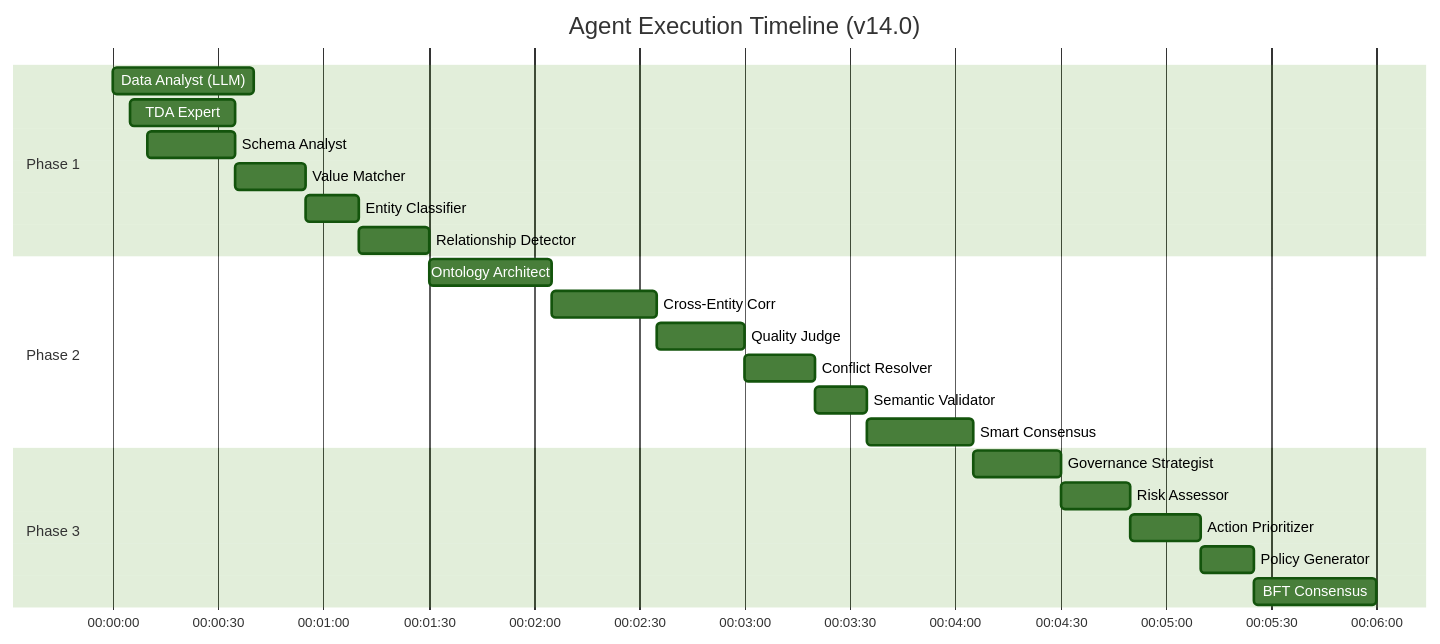
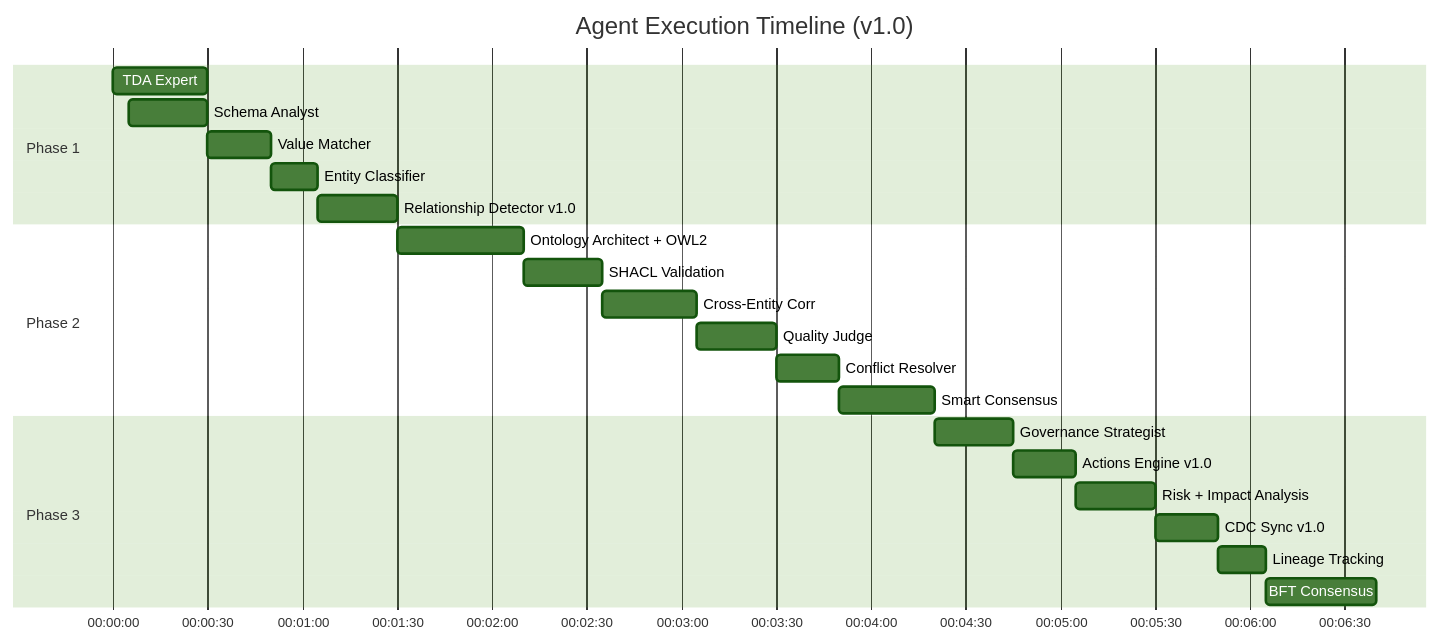
Before and after one commit to sabill123/ontology: the ninth of 12 diagrams in docs/diagrams/05-agent-orchestration.md, drawn with Mermaid (forest theme). The commit also changed other lines of this file and 176 other files, not shown here.

````diff
--- a/docs/diagrams/05-agent-orchestration.md
+++ b/docs/diagrams/05-agent-orchestration.md
@@ -302,29 +373,29 @@
 ```mermaid
 gantt
-    title Agent Execution Timeline (v14.0)
+    title Agent Execution Timeline (v1.0)
     dateFormat  HH:mm:ss
     axisFormat %H:%M:%S
 
     section Phase 1
-    Data Analyst (LLM)   :a1, 00:00:00, 40s
-    TDA Expert           :a2, 00:00:05, 30s
-    Schema Analyst       :a3, 00:00:10, 25s
+    TDA Expert           :a2, 00:00:00, 30s
+    Schema Analyst       :a3, 00:00:05, 25s
     Value Matcher        :a4, after a2, 20s
     Entity Classifier    :a5, after a3 a4, 15s
-    Relationship Detector:a6, after a5, 20s
+    Relationship Detector v1.0 :a6, after a5, 25s
 
     section Phase 2
-    Ontology Architect   :b1, after a6, 35s
-    Cross-Entity Corr    :b2, after b1, 30s
-    Quality Judge        :b3, after b2, 25s
-    Conflict Resolver    :b4, after b3, 20s
-    Semantic Validator   :b5, after b4, 15s
+    Ontology Architect + OWL2 :b1, after a6, 40s
+    SHACL Validation     :b2, after b1, 25s
+    Cross-Entity Corr    :b3, after b2, 30s
+    Quality Judge        :b4, after b3, 25s
+    Conflict Resolver    :b5, after b4, 20s
     Smart Consensus      :b6, after b5, 30s
 
     section Phase 3
-    Governance Strategist:c1, after b6, 25s
-    Risk Assessor        :c2, after c1, 20s
-    Action Prioritizer   :c3, after c2, 20s
-    Policy Generator     :c4, after c3, 15s
-    BFT Consensus        :c5, after c4, 35s
+    Governance Strategist :c1, after b6, 25s
+    Actions Engine v1.0 :c2, after c1, 20s
+    Risk + Impact Analysis :c3, after c2, 25s
+    CDC Sync v1.0       :c4, after c3, 20s
+    Lineage Tracking     :c5, after c4, 15s
+    BFT Consensus        :c6, after c5, 35s
 ```
````
